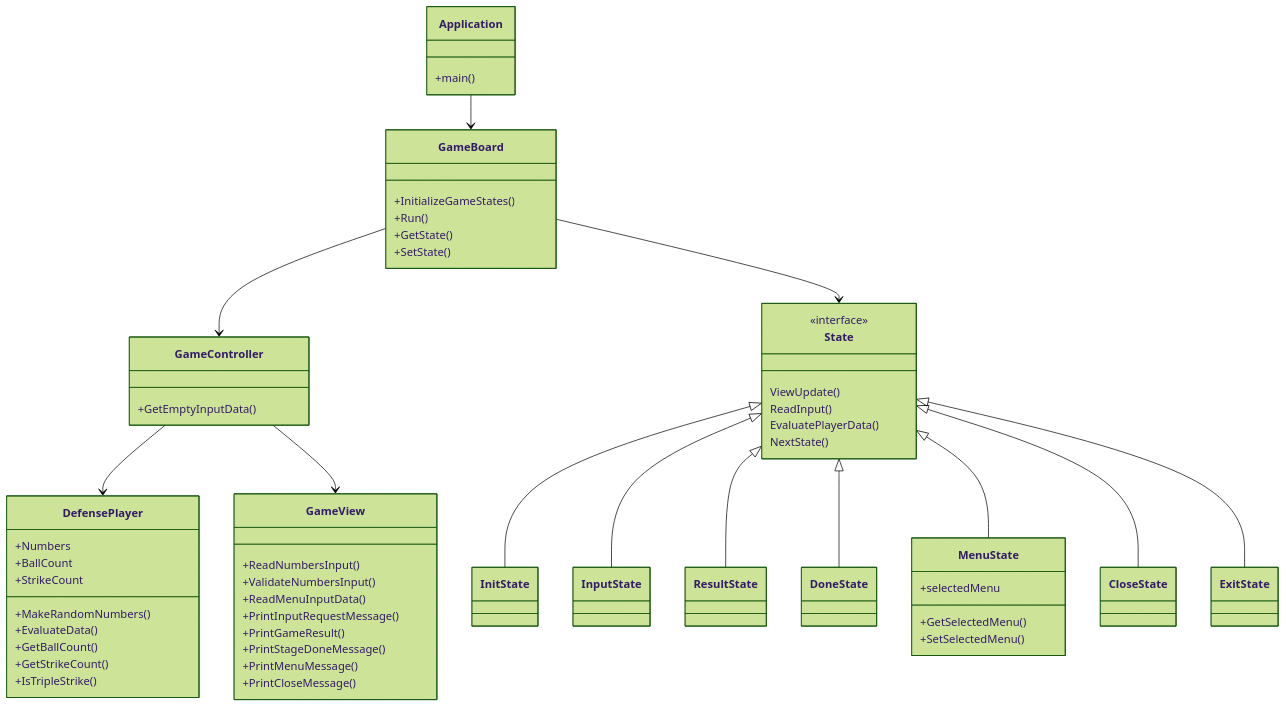
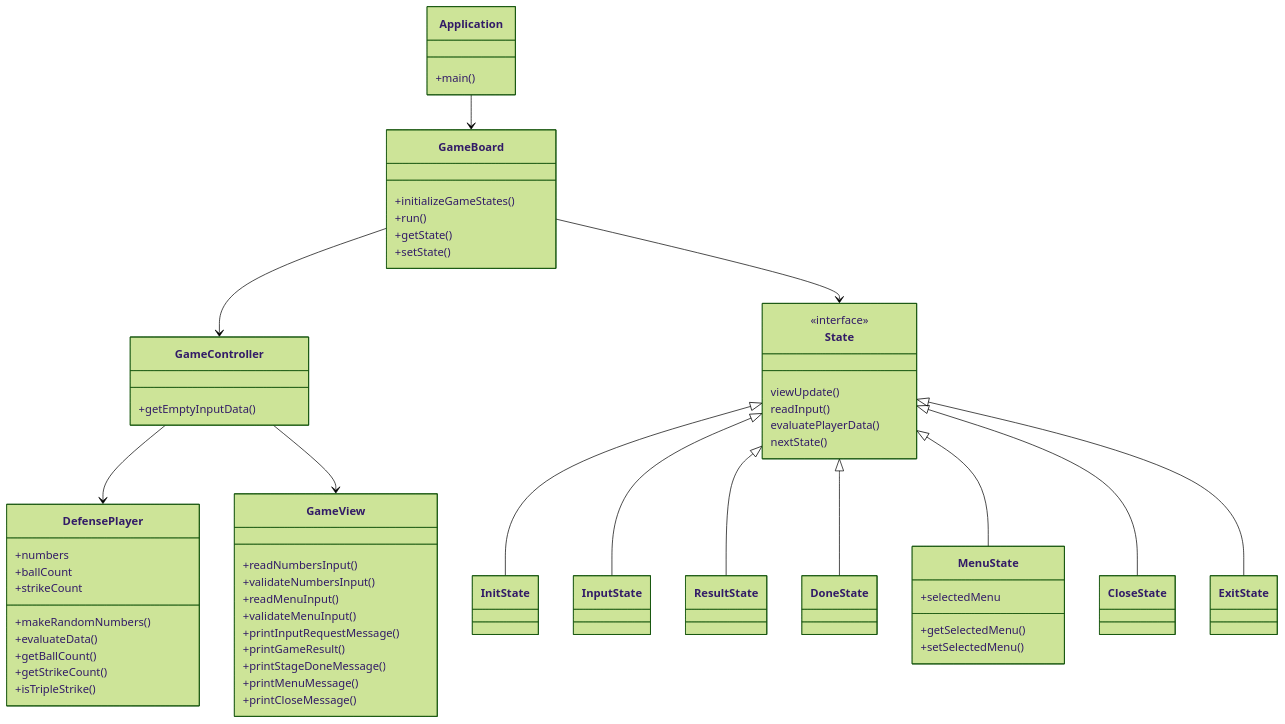
The diagram in docs/class_diagram.md (digiry/java-baseball-precourse), drawn with Mermaid (forest theme) before and after one commit. The commit also changed 1 other file, not shown here.

Commit message:
docs: rename method names and a method to be added

````diff
--- a/docs/class_diagram.md
+++ b/docs/class_diagram.md
@@ -3,75 +3,76 @@
 ```mermaid
 classDiagram
     Application --> GameBoard
     GameBoard --> GameController
     GameController --> DefensePlayer
     GameController --> GameView
 
     GameBoard --> State
     State <|-- InitState
     State <|-- InputState
     State <|-- ResultState
     State <|-- DoneState
     State <|-- MenuState
     State <|-- CloseState
     State <|-- ExitState
 
     class Application {
         +main()
     }
     class GameBoard {
-        +InitializeGameStates()
-        +Run()
-        +GetState()
-        +SetState()
+        +initializeGameStates()
+        +run()
+        +getState()
+        +setState()
     }
     class GameController {
-        +GetEmptyInputData()
+        +getEmptyInputData()
     }
     class GameView {
-        +ReadNumbersInput()
-        +ValidateNumbersInput()
-        +ReadMenuInputData()
+        +readNumbersInput()
+        +validateNumbersInput()
+        +readMenuInput()
+        +validateMenuInput()
 
-        +PrintInputRequestMessage()
-        +PrintGameResult()
-        +PrintStageDoneMessage()
-        +PrintMenuMessage()
-        +PrintCloseMessage()
+        +printInputRequestMessage()
+        +printGameResult()
+        +printStageDoneMessage()
+        +printMenuMessage()
+        +printCloseMessage()
     }
     class DefensePlayer {
-        +Numbers
-        +BallCount
-        +StrikeCount
+        +numbers
+        +ballCount
+        +strikeCount
 
-        +MakeRandomNumbers()
-        +EvaluateData()
-        +GetBallCount()
-        +GetStrikeCount()
-        +IsTripleStrike()
+        +makeRandomNumbers()
+        +evaluateData()
+        +getBallCount()
+        +getStrikeCount()
+        +isTripleStrike()
     }
     class State {
         <<interface>>
-        ViewUpdate()
-        ReadInput()
-        EvaluatePlayerData()
-        NextState()
+        viewUpdate()
+        readInput()
+        evaluatePlayerData()
+        nextState()
     }
     class InitState {
     }
     class InputState {
     }
     class ResultState {
     }
     class DoneState {
     }
     class MenuState {
         +selectedMenu
-        +GetSelectedMenu()
-        +SetSelectedMenu()
+        +getSelectedMenu()
+        +setSelectedMenu()
     }
     class CloseState {
     }
     class ExitState {
     }
 ```
````
